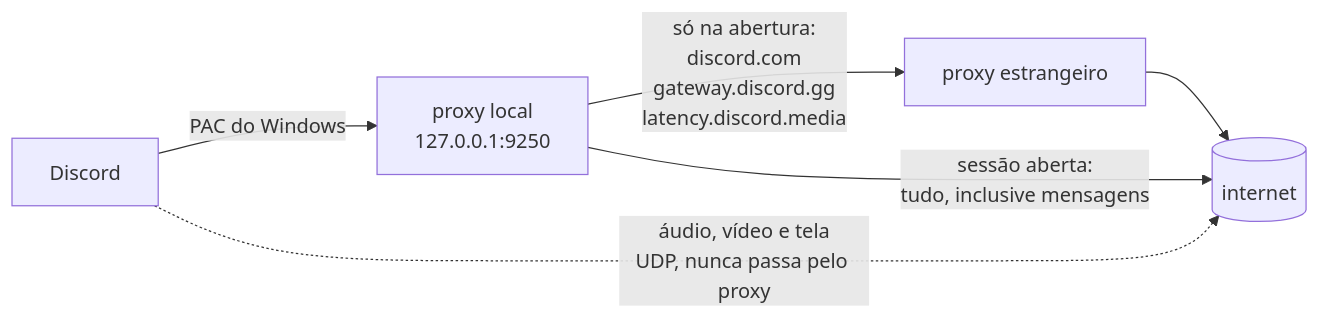
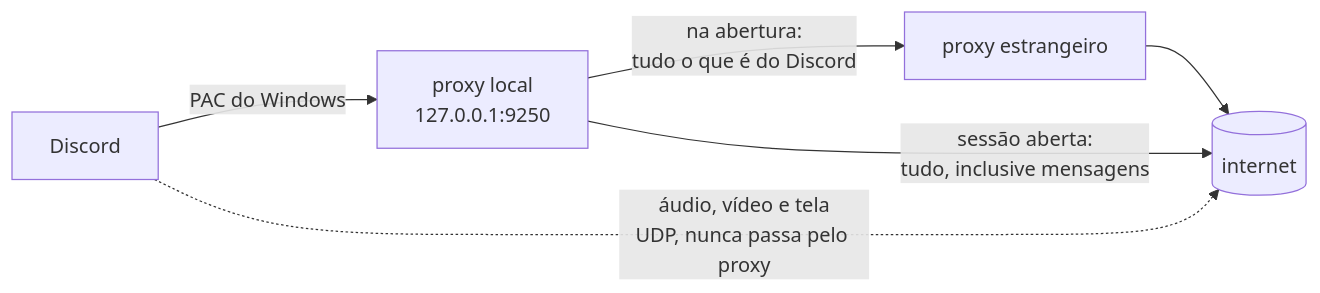
One commit to schacal/FOL-discord changed the diagram in docs/como-funciona.md. Above: the diagram before and after it, drawn with Mermaid. The commit also changed other lines of this file and 5 other files, not shown here.

````diff
--- a/docs/como-funciona.md
+++ b/docs/como-funciona.md
@@ -35,8 +35,8 @@
 ```mermaid
 flowchart LR
     D[Discord] -->|PAC do Windows| P[proxy local<br/>127.0.0.1:9250]
-    P -->|só na abertura:<br/>discord.com<br/>gateway.discord.gg<br/>latency.discord.media| E[proxy estrangeiro]
+    P -->|na abertura:<br/>tudo o que é do Discord| E[proxy estrangeiro]
     P -->|sessão aberta:<br/>tudo, inclusive mensagens| I[(internet)]
     D -.->|áudio, vídeo e tela<br/>UDP, nunca passa pelo proxy| I
     E --> I
 ```
````
